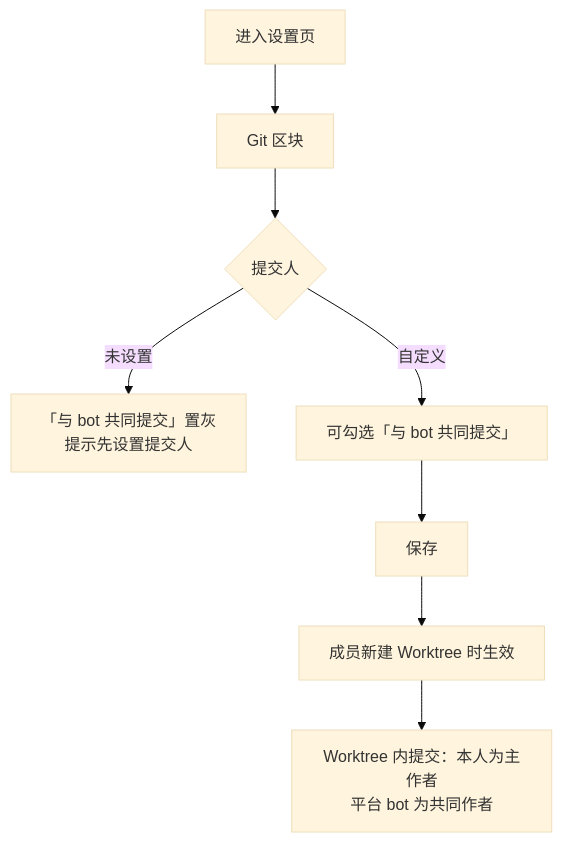
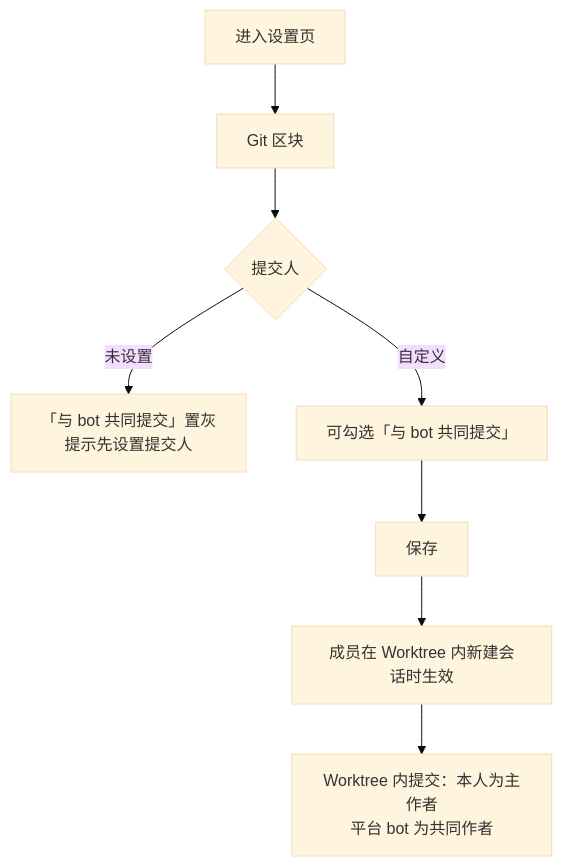
Before and after one commit to Deliay/z-agent-gear: the first of 2 diagrams in docs/product/draft/20261031-commit-with-bot-coauthor.md, drawn with Mermaid (base theme). The commit also changed other lines of this file and 18 other files, not shown here.

````diff
--- a/docs/product/draft/20261031-commit-with-bot-coauthor.md
+++ b/docs/product/draft/20261031-commit-with-bot-coauthor.md
@@ -106,10 +106,10 @@
 ```mermaid
 flowchart TD
     A[进入设置页] --> B[Git 区块]
     B --> C{提交人}
     C -->|未设置| D[「与 bot 共同提交」置灰<br/>提示先设置提交人]
     C -->|自定义| E[可勾选「与 bot 共同提交」]
     E --> F[保存]
-    F --> G[成员新建 Worktree 时生效]
+    F --> G[成员在 Worktree 内新建会话时生效]
     G --> H[Worktree 内提交：本人为主作者<br/>平台 bot 为共同作者]
 ```
````
